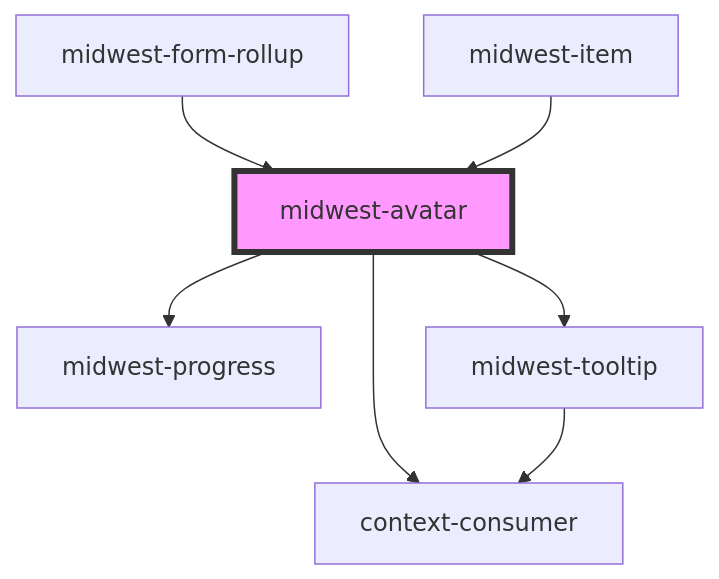
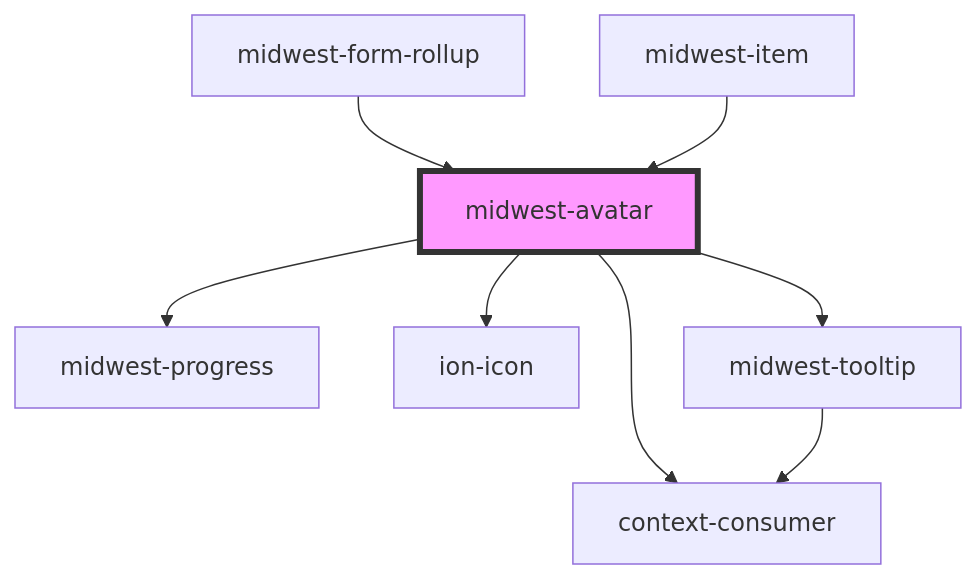
Before and after one commit to splitinfinities/Midwest: the diagram in packages/core/docs/components/common/avatar/readme.md, drawn with Mermaid. The commit also changed other lines of this file and 388 other files, not shown here.

````diff
--- a/packages/core/docs/components/common/avatar/readme.md
+++ b/packages/core/docs/components/common/avatar/readme.md
@@ -99,10 +100,11 @@
 ```mermaid
 graph TD;
   midwest-avatar --> midwest-progress
+  midwest-avatar --> ion-icon
   midwest-avatar --> midwest-tooltip
   midwest-avatar --> context-consumer
   midwest-tooltip --> context-consumer
   midwest-form-rollup --> midwest-avatar
   midwest-item --> midwest-avatar
   style midwest-avatar fill:#f9f,stroke:#333,stroke-width:4px
 ```
````
